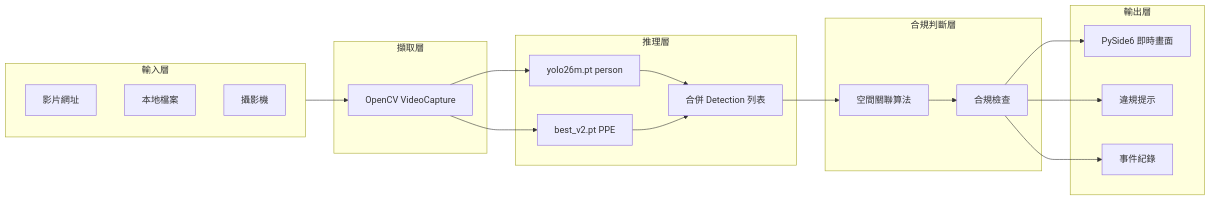
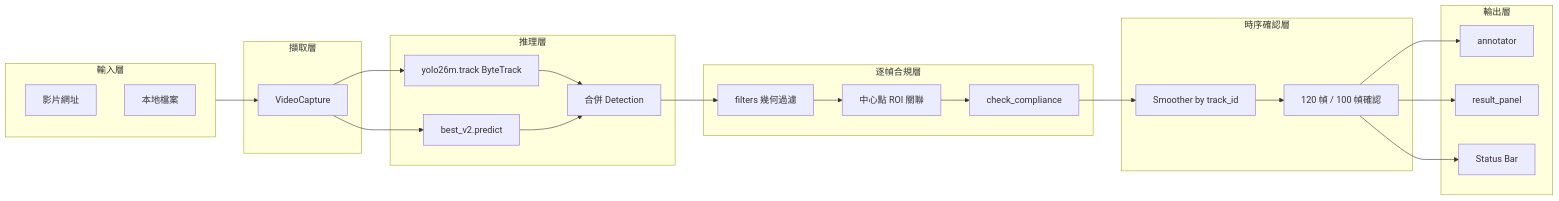
The first of 2 diagrams in 架构.md (testtestProblem/yolo_opencv_test), drawn with Mermaid before and after one commit. The commit also changed other lines of this file and 13 other files, not shown here.

First line of the commit message:
Refactor PPE pipeline with ByteTrack and person-box association.

````diff
--- a/架构.md
+++ b/架构.md
@@ -71,40 +75,48 @@
 ```mermaid
 flowchart LR
     subgraph input [輸入層]
         VideoURL[影片網址]
         LocalFile[本地檔案]
-        Webcam[攝影機]
     end
 
     subgraph capture [擷取層]
-        OpenCV[OpenCV VideoCapture]
+        OpenCV[VideoCapture]
     end
 
     subgraph inference [推理層]
-        PersonModel[yolo26m.pt person]
-        PPEModel[best_v2.pt PPE]
-        Merge[合併 Detection 列表]
+        ByteTrack["yolo26m.track ByteTrack"]
+        PPEPredict[best_v2.predict]
+        Merge[合併 Detection]
     end
 
-    subgraph logic [合規判斷層]
-        Assoc[空間關聯算法]
-        Check[合規檢查]
+    subgraph frameLogic [逐幀合規層]
+        Filters[filters 幾何過濾]
+        CenterAssoc[中心點 ROI 關聯]
+        FrameCheck[check_compliance]
+    end
+
+    subgraph temporalLogic [時序確認層]
+        Smoother[Smoother by track_id]
+        Confirm["120 幀 / 100 幀確認"]
     end
 
     subgraph output [輸出層]
-        UI[PySide6 即時畫面]
-        Alert[違規提示]
-        Log[事件紀錄]
+        Annotator[annotator]
+        Panel[result_panel]
+        StatusBar[Status Bar]
     end
 
     input --> OpenCV
-    OpenCV --> PersonModel
-    OpenCV --> PPEModel
-    PersonModel --> Merge
-    PPEModel --> Merge
-    Merge --> Assoc
-    Assoc --> Check
-    Check --> UI
-    Check --> Alert
-    Check --> Log
+    OpenCV --> ByteTrack
+    OpenCV --> PPEPredict
+    ByteTrack --> Merge
+    PPEPredict --> Merge
+    Merge --> Filters
+    Filters --> CenterAssoc
+    CenterAssoc --> FrameCheck
+    FrameCheck --> Smoother
+    Smoother --> Confirm
+    Confirm --> Annotator
+    Confirm --> Panel
+    Confirm --> StatusBar
 ```
````
